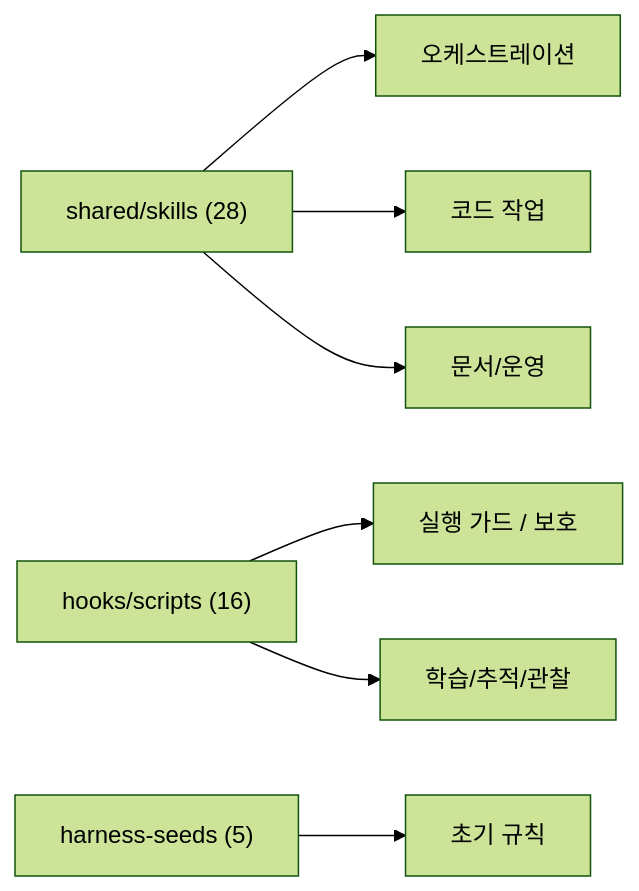
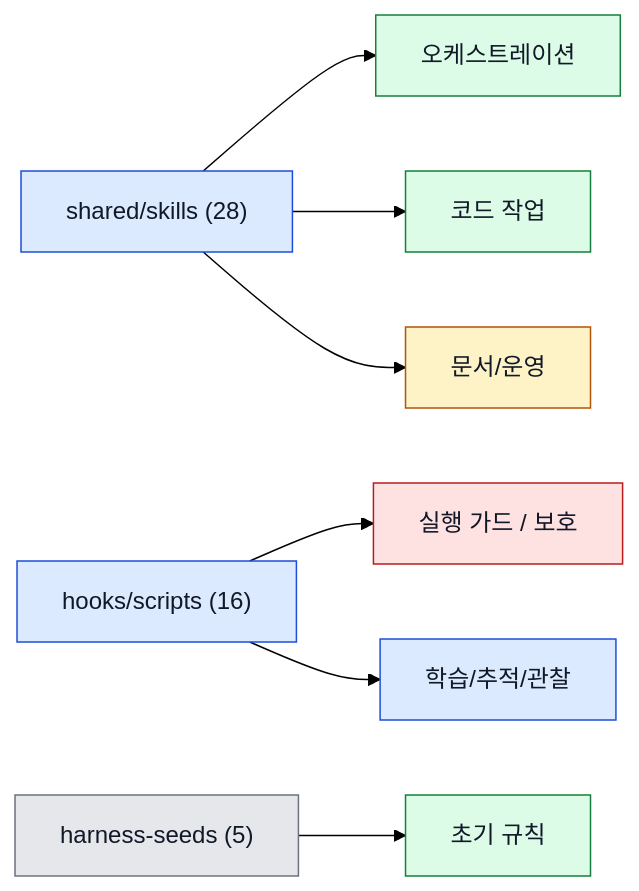
The second of 3 diagrams in docs/02-아키텍처.md (Jimmy-Jung/ai-symbiote), drawn with Mermaid (forest theme) before and after one commit. The commit also changed other lines of this file and 10 other files, not shown here.

Commit message:
docs(mermaid): 다이어그램 대비 색상 개선

````diff
--- a/docs/02-아키텍처.md
+++ b/docs/02-아키텍처.md
@@ -27,9 +37,19 @@
 ```mermaid
 flowchart LR
     A["shared/skills (28)"] --> B["오케스트레이션"]
     A --> C["코드 작업"]
     A --> D["문서/운영"]
     E["hooks/scripts (16)"] --> F["실행 가드 / 보호"]
     E --> G["학습/추적/관찰"]
     H["harness-seeds (5)"] --> I["초기 규칙"]
+
+    style A fill:#dbeafe,stroke:#1d4ed8,color:#111827
+    style B fill:#dcfce7,stroke:#15803d,color:#111827
+    style C fill:#dcfce7,stroke:#15803d,color:#111827
+    style D fill:#fef3c7,stroke:#b45309,color:#111827
+    style E fill:#dbeafe,stroke:#1d4ed8,color:#111827
+    style F fill:#fee2e2,stroke:#b91c1c,color:#111827
+    style G fill:#dbeafe,stroke:#1d4ed8,color:#111827
+    style H fill:#e5e7eb,stroke:#6b7280,color:#111827
+    style I fill:#dcfce7,stroke:#15803d,color:#111827
 ```
````
